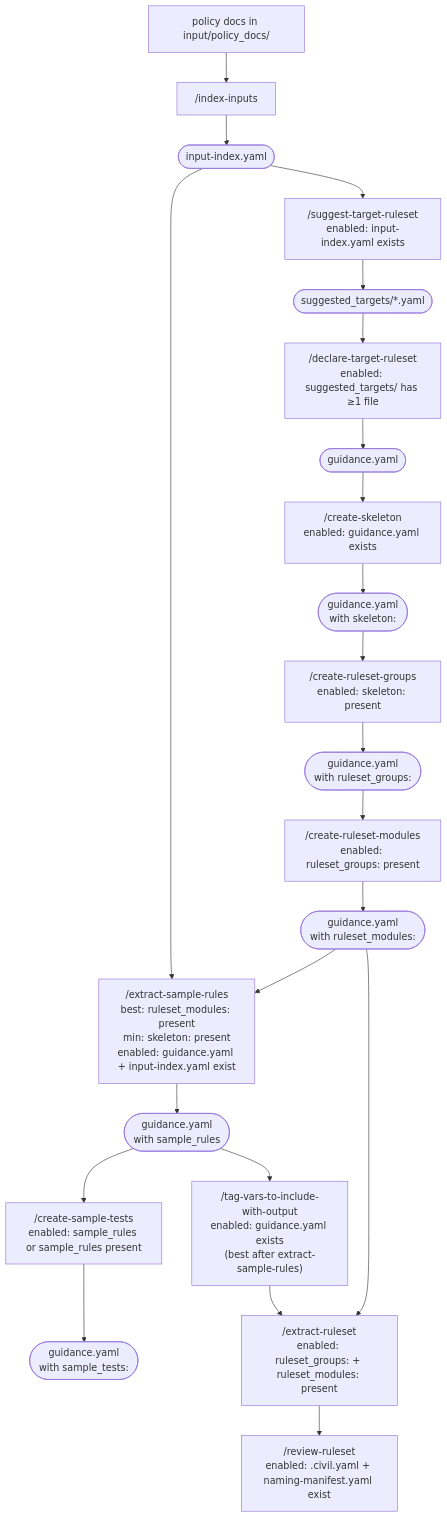
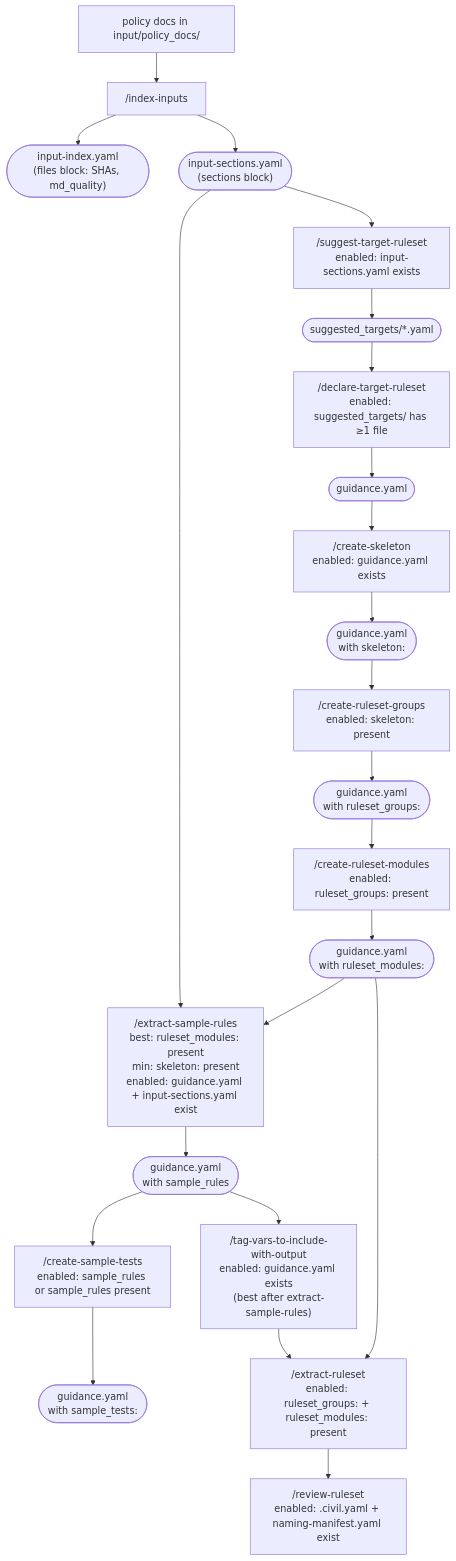
The diagram in xl-plugin/CLAUDE.md (navapbc/lockpicks-xlator-plugin), drawn with Mermaid before and after one commit. The commit also changed 11 other files, not shown here.

First line of the commit message:
feat(index-inputs): split input-index.yaml into metadata + sections files

````diff
--- a/xl-plugin/CLAUDE.md
+++ b/xl-plugin/CLAUDE.md
@@ -70,42 +70,44 @@
 ```mermaid
 flowchart TD
     DOCS["policy docs in input/policy_docs/"]
     IDX_CMD["/index-inputs"]
-    IDX(["input-index.yaml"])
+    IDX_META(["input-index.yaml\n(files block: SHAs, md_quality)"])
+    IDX_SECTS(["input-sections.yaml\n(sections block)"])
 
-    DOCS --> IDX_CMD --> IDX
+    DOCS --> IDX_CMD --> IDX_META
+    IDX_CMD --> IDX_SECTS
 
-    SUG["/suggest-target-ruleset\nenabled: input-index.yaml exists"]
+    SUG["/suggest-target-ruleset\nenabled: input-sections.yaml exists"]
     SUG_F(["suggested_targets/*.yaml"])
     DECL["/declare-target-ruleset\nenabled: suggested_targets/ has ≥1 file"]
     GY(["guidance.yaml"])
 
-    IDX --> SUG --> SUG_F --> DECL --> GY
+    IDX_SECTS --> SUG --> SUG_F --> DECL --> GY
 
     SKEL["/create-skeleton\nenabled: guidance.yaml exists"]
     GY_SKEL(["guidance.yaml\nwith skeleton:"])
     GROUPS["/create-ruleset-groups\nenabled: skeleton: present"]
     GY_GROUPS(["guidance.yaml\nwith ruleset_groups:"])
     MODS["/create-ruleset-modules\nenabled: ruleset_groups: present"]
 
     GY --> SKEL --> GY_SKEL --> GROUPS --> GY_GROUPS --> MODS
 
     GY_MODS(["guidance.yaml\nwith ruleset_modules:"])
-    SAMPLERULES["/extract-sample-rules\nbest: ruleset_modules: present\nmin: skeleton: present\nenabled: guidance.yaml + input-index.yaml exist"]
+    SAMPLERULES["/extract-sample-rules\nbest: ruleset_modules: present\nmin: skeleton: present\nenabled: guidance.yaml + input-sections.yaml exist"]
     GY_RULES(["guidance.yaml\nwith sample_rules"])
     TAGVARS["/tag-vars-to-include-with-output\nenabled: guidance.yaml exists\n(best after extract-sample-rules)"]
     SAMPLETESTS["/create-sample-tests\nenabled: sample_rules or sample_rules present"]
     GY_SAMPLETESTS(["guidance.yaml\nwith sample_tests:"])
 
     MODS --> GY_MODS --> SAMPLERULES
-    IDX --> SAMPLERULES
+    IDX_SECTS --> SAMPLERULES
     SAMPLERULES --> GY_RULES --> TAGVARS
     GY_RULES --> SAMPLETESTS --> GY_SAMPLETESTS
 
     EXTRACT["/extract-ruleset\nenabled: ruleset_groups: + ruleset_modules: present"]
     REVIEW["/review-ruleset\nenabled: <program>.civil.yaml + naming-manifest.yaml exist"]
 
     GY_MODS --> EXTRACT
     TAGVARS --> EXTRACT
     EXTRACT --> REVIEW
 ```
````
